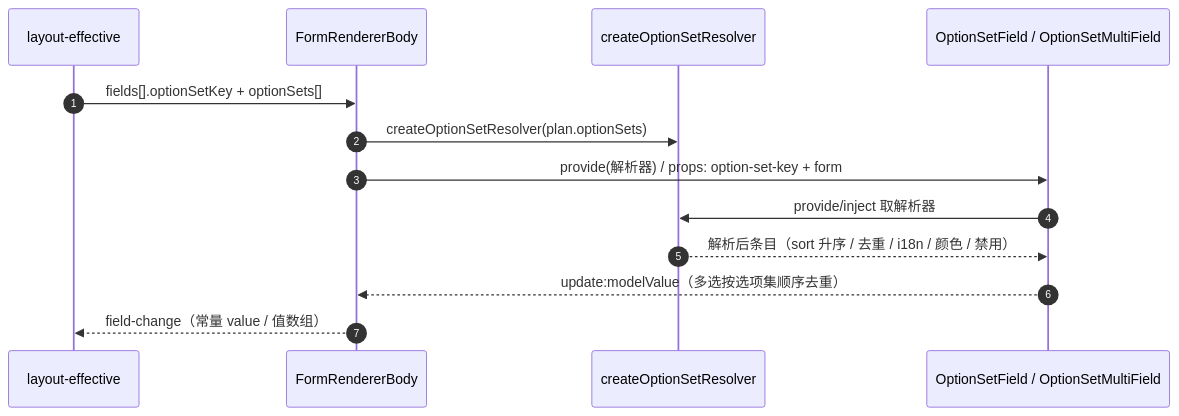
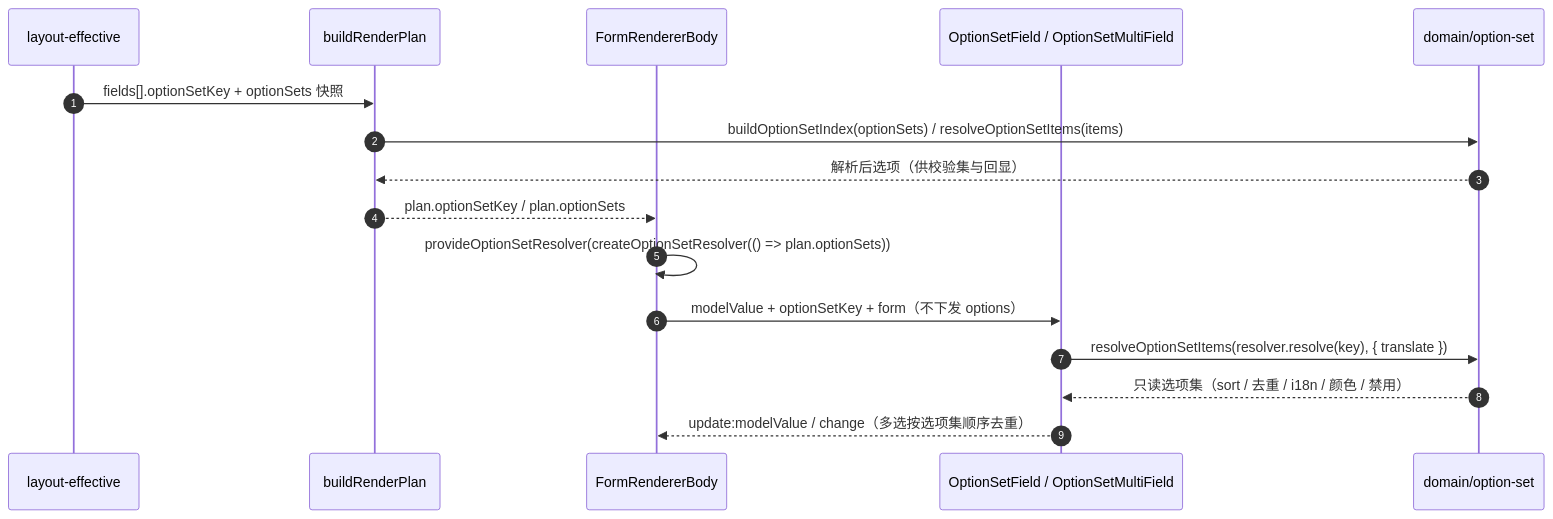
One commit to minjian123/basic-management-system changed the second of 3 diagrams in bms文档/项目/04_前端组件库/任务/06_字段类/06_字段类_10_选项集字段返工/设计/01_详细设计_10_选项集字段返工.md. Above: the diagram before and after it, drawn with Mermaid. The commit also changed other lines of this file, not shown here.

````diff
--- a/bms文档/项目/04_前端组件库/任务/06_字段类/06_字段类_10_选项集字段返工/设计/01_详细设计_10_选项集字段返工.md
+++ b/bms文档/项目/04_前端组件库/任务/06_字段类/06_字段类_10_选项集字段返工/设计/01_详细设计_10_选项集字段返工.md
@@ -195,16 +215,19 @@
 ```mermaid
 sequenceDiagram
     autonumber
     participant 元数据 as layout-effective
+    participant 计划 as buildRenderPlan
     participant 渲染器 as FormRendererBody
-    participant 解析 as createOptionSetResolver
     participant 件 as OptionSetField / OptionSetMultiField
+    participant 纯函数 as domain/option-set
 
-    元数据->>渲染器: fields[].optionSetKey + optionSets[]
-    渲染器->>解析: createOptionSetResolver(plan.optionSets)
-    渲染器->>件: provide(解析器) / props: option-set-key + form
-    件->>解析: provide/inject 取解析器
-    解析-->>件: 解析后条目（sort 升序 / 去重 / i18n / 颜色 / 禁用）
-    件-->>渲染器: update:modelValue（多选按选项集顺序去重）
-    渲染器-->>元数据: field-change（常量 value / 值数组）
+    元数据->>计划: fields[].optionSetKey + optionSets 快照
+    计划->>纯函数: buildOptionSetIndex(optionSets) / resolveOptionSetItems(items)
+    纯函数-->>计划: 解析后选项（供校验集与回显）
+    计划-->>渲染器: plan.optionSetKey / plan.optionSets
+    渲染器->>渲染器: provideOptionSetResolver(createOptionSetResolver(() => plan.optionSets))
+    渲染器->>件: modelValue + optionSetKey + form（不下发 options）
+    件->>纯函数: resolveOptionSetItems(resolver.resolve(key), { translate })
+    纯函数-->>件: 只读选项集（sort / 去重 / i18n / 颜色 / 禁用）
+    件-->>渲染器: update:modelValue / change（多选按选项集顺序去重）
 ```
````
